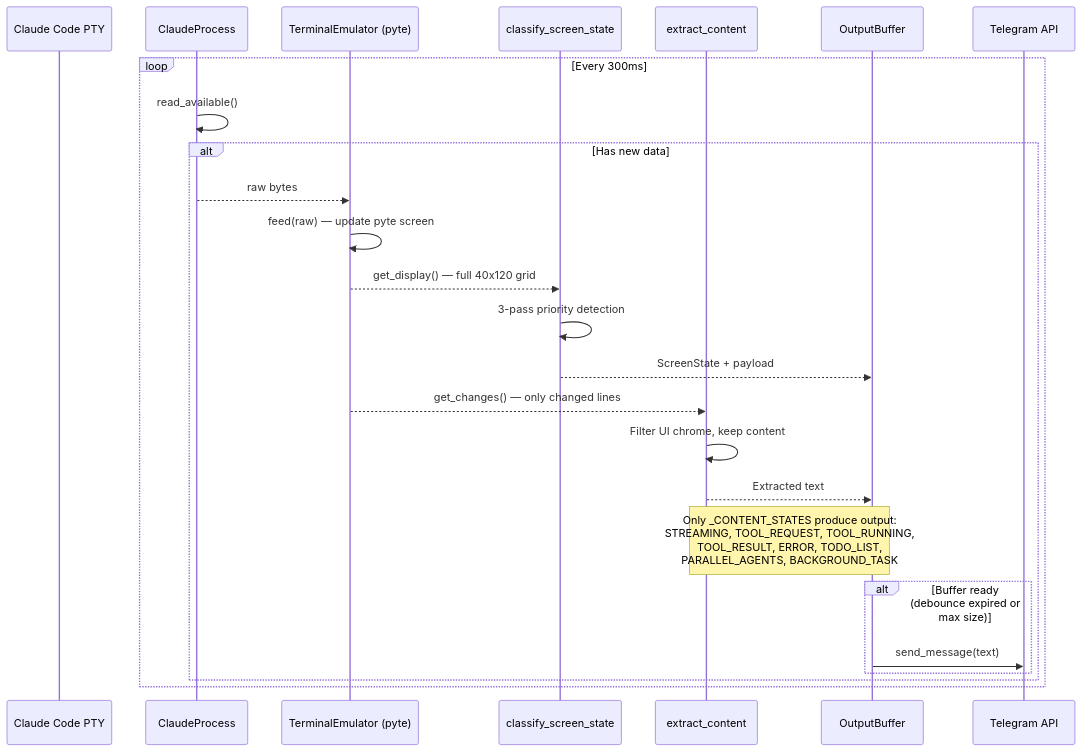
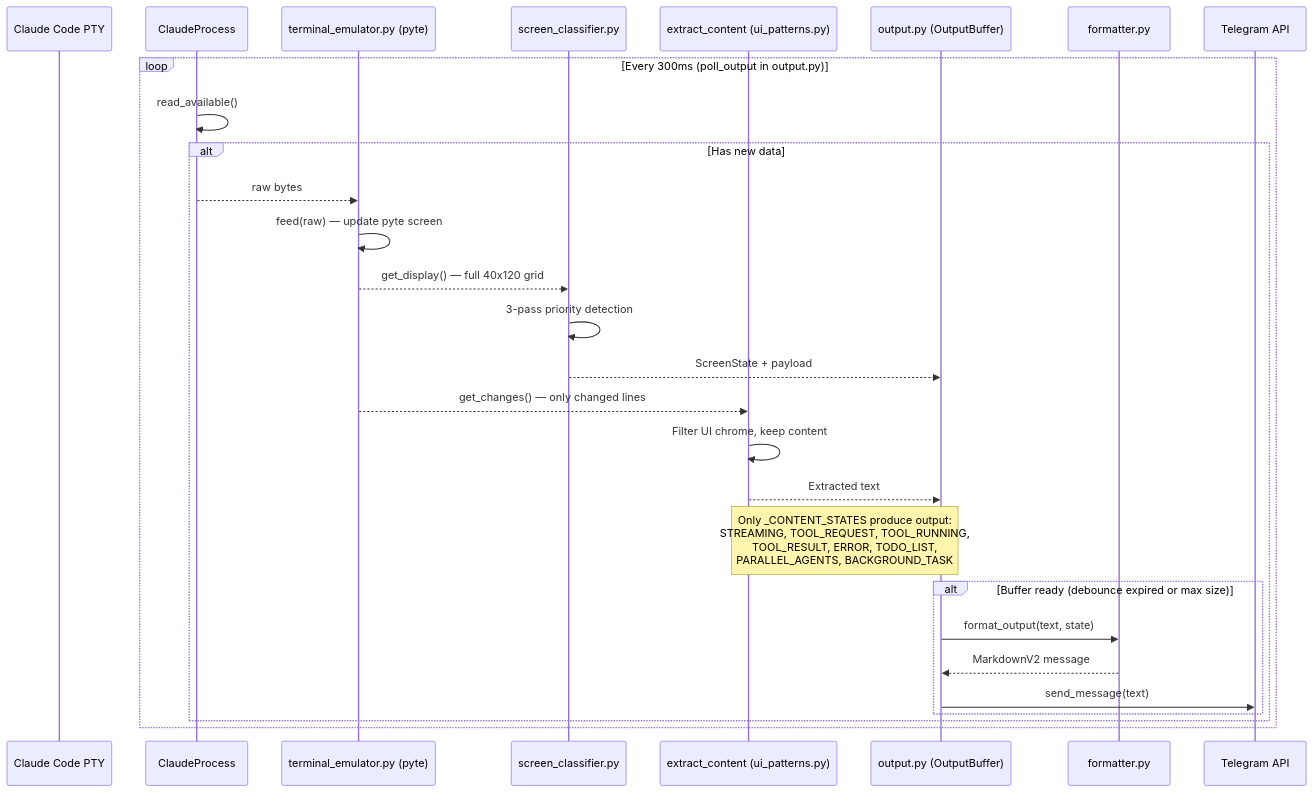
One commit to LounisBou/claude-code-telegram-instances-manager changed the third of 5 diagrams in docs/architecture.md. Above: the diagram before and after it, drawn with Mermaid. The commit also changed other lines of this file and 61 other files, not shown here.

````diff
--- a/docs/architecture.md
+++ b/docs/architecture.md
@@ -78,31 +116,34 @@
 ```mermaid
 sequenceDiagram
     participant PTY as Claude Code PTY
     participant CP as ClaudeProcess
-    participant EMU as TerminalEmulator (pyte)
-    participant CLS as classify_screen_state
-    participant EXT as extract_content
-    participant BUF as OutputBuffer
+    participant EMU as terminal_emulator.py (pyte)
+    participant CLS as screen_classifier.py
+    participant EXT as extract_content (ui_patterns.py)
+    participant OUT as output.py (OutputBuffer)
+    participant FMT as formatter.py
     participant T as Telegram API
 
-    loop Every 300ms
+    loop Every 300ms (poll_output in output.py)
         CP->>CP: read_available()
         alt Has new data
             CP-->>EMU: raw bytes
             EMU->>EMU: feed(raw) — update pyte screen
             EMU-->>CLS: get_display() — full 40x120 grid
             CLS->>CLS: 3-pass priority detection
-            CLS-->>BUF: ScreenState + payload
+            CLS-->>OUT: ScreenState + payload
 
             EMU-->>EXT: get_changes() — only changed lines
             EXT->>EXT: Filter UI chrome, keep content
-            EXT-->>BUF: Extracted text
+            EXT-->>OUT: Extracted text
 
-            Note over EXT,BUF: Only _CONTENT_STATES produce output:<br/>STREAMING, TOOL_REQUEST, TOOL_RUNNING,<br/>TOOL_RESULT, ERROR, TODO_LIST,<br/>PARALLEL_AGENTS, BACKGROUND_TASK
+            Note over EXT,OUT: Only _CONTENT_STATES produce output:<br/>STREAMING, TOOL_REQUEST, TOOL_RUNNING,<br/>TOOL_RESULT, ERROR, TODO_LIST,<br/>PARALLEL_AGENTS, BACKGROUND_TASK
 
             alt Buffer ready (debounce expired or max size)
-                BUF->>T: send_message(text)
+                OUT->>FMT: format_output(text, state)
+                FMT-->>OUT: MarkdownV2 message
+                OUT->>T: send_message(text)
             end
         end
     end
 ```
````
